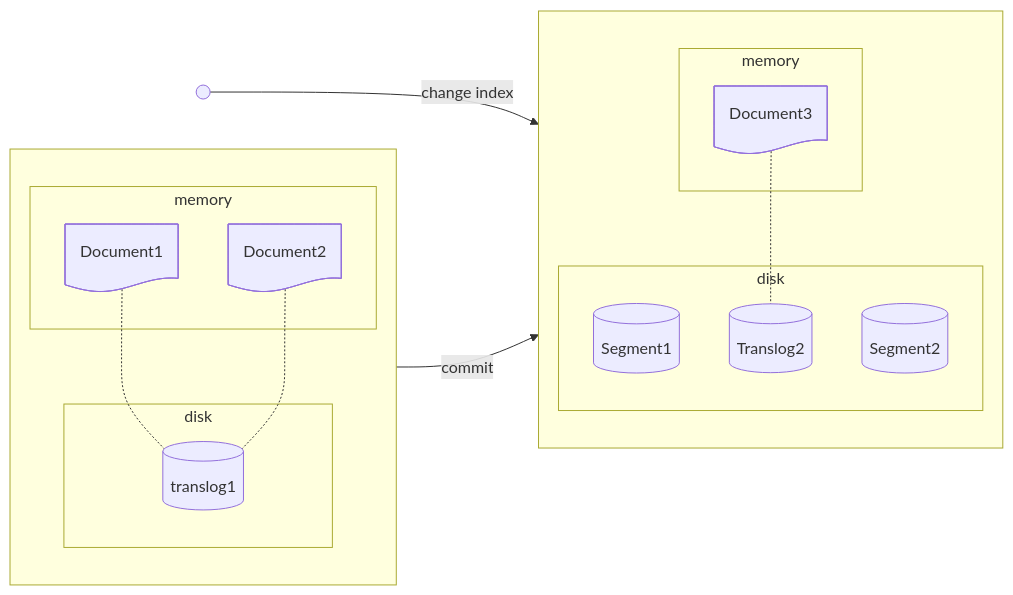
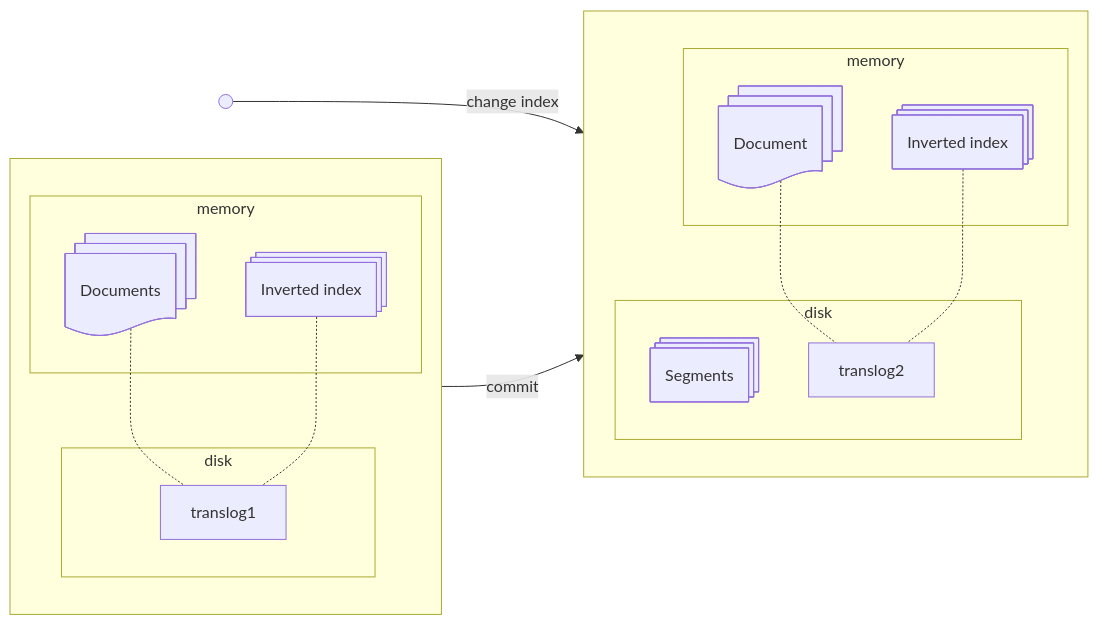
The first of 5 diagrams in elasticsearch/readme.md (kyungrae/study), drawn with Mermaid before and after one commit. The commit also changed other lines of this file, not shown here.

````diff
--- a/elasticsearch/readme.md
+++ b/elasticsearch/readme.md
@@ -30,32 +32,34 @@
 ```mermaid
 flowchart LR
   A@{ shape: sm-circ, label: "Small start" }
   
   subgraph before[ ]
     subgraph before_memory[memory]
-      memory_document1@{ shape: doc, label: "Document1" }
-      memory_document2@{ shape: doc, label: "Document2" }
+      document1@{ shape: docs, label: "Documents" }
+      inverted_index1@{ shape: procs, label: "Inverted index" }
     end
     subgraph before_disk[disk]
-      translog1@{ shape: cyl }
+      translog1
     end
-    memory_document1 -.- translog1
-    memory_document2 -.- translog1
+    document1 -.- translog1
+    inverted_index1 -.- translog1
   end
 
   subgraph after[ ]
     subgraph after_memory[memory]
-      memory_document3@{ shape: doc, label: "Document3" }
+      document2@{ shape: docs, label: "Document" }
+      inverted_index2@{ shape: procs, label: "Inverted index" }
     end
         
     subgraph after_disk[disk]
-      disk_segment1@{ shape: cyl, label: "Segment1" }
-      disk_segment2@{ shape: cyl, label: "Segment2" }
-      translog2@{ shape: cyl, label: "Translog2" }
+      disk_segment1@{ shape: procs, label: "Segments" }
+      translog2
     end
-    memory_document3 -.- translog2
+    
+    document2 -.- translog2
+    inverted_index2 -.- translog2
   end
 
   A --change index --> after
   before --commit--> after
 ```
````
